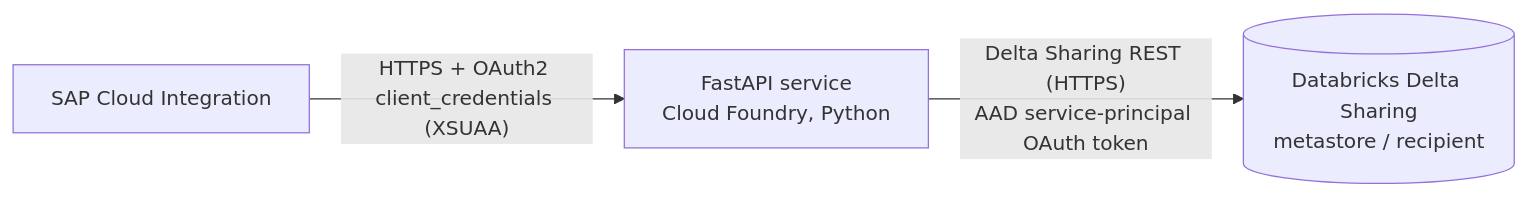
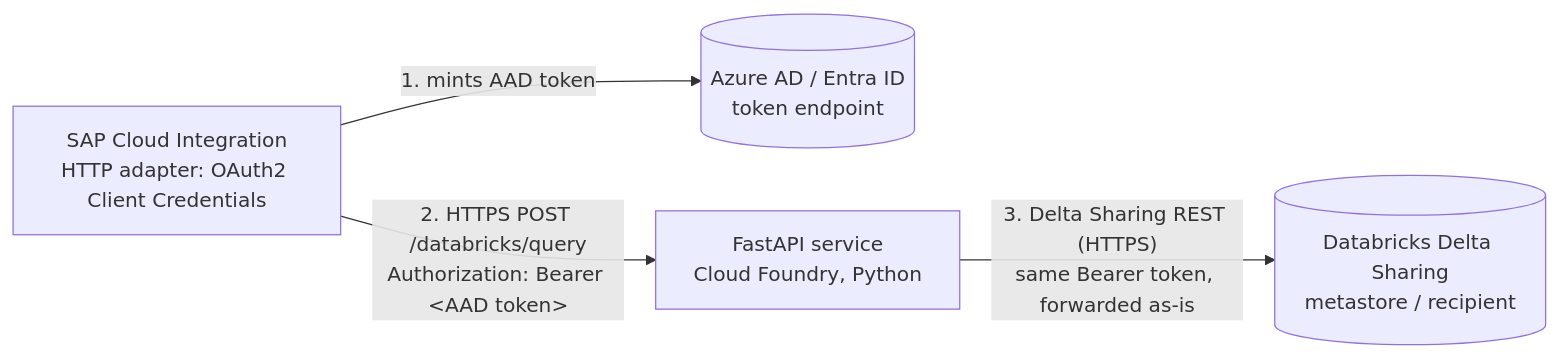
Before and after one commit to devstylator/btp_databricks_proxy: the diagram in README.md, drawn with Mermaid. The commit also changed other lines of this file and 8 other files, not shown here.

Commit message:
Delegate Delta Sharing auth to SAP CI: forward CPI-minted bearer token instead of XSUAA + local OAuth

````diff
--- a/README.md
+++ b/README.md
@@ -27,5 +33,6 @@
 ```mermaid
 flowchart LR
-    CI[SAP Cloud Integration] -- "HTTPS + OAuth2 client_credentials (XSUAA)" --> SRV[FastAPI service<br/>Cloud Foundry, Python]
-    SRV -- "Delta Sharing REST (HTTPS)<br/>AAD service-principal OAuth token" --> DBX[(Databricks Delta Sharing<br/>metastore / recipient)]
+    CI[SAP Cloud Integration<br/>HTTP adapter: OAuth2 Client Credentials] -- "1. mints AAD token" --> AAD[(Azure AD / Entra ID<br/>token endpoint)]
+    CI -- "2. HTTPS POST /databricks/query<br/>Authorization: Bearer &lt;AAD token&gt;" --> SRV[FastAPI service<br/>Cloud Foundry, Python]
+    SRV -- "3. Delta Sharing REST (HTTPS)<br/>same Bearer token, forwarded as-is" --> DBX[(Databricks Delta Sharing<br/>metastore / recipient)]
 ```
````
